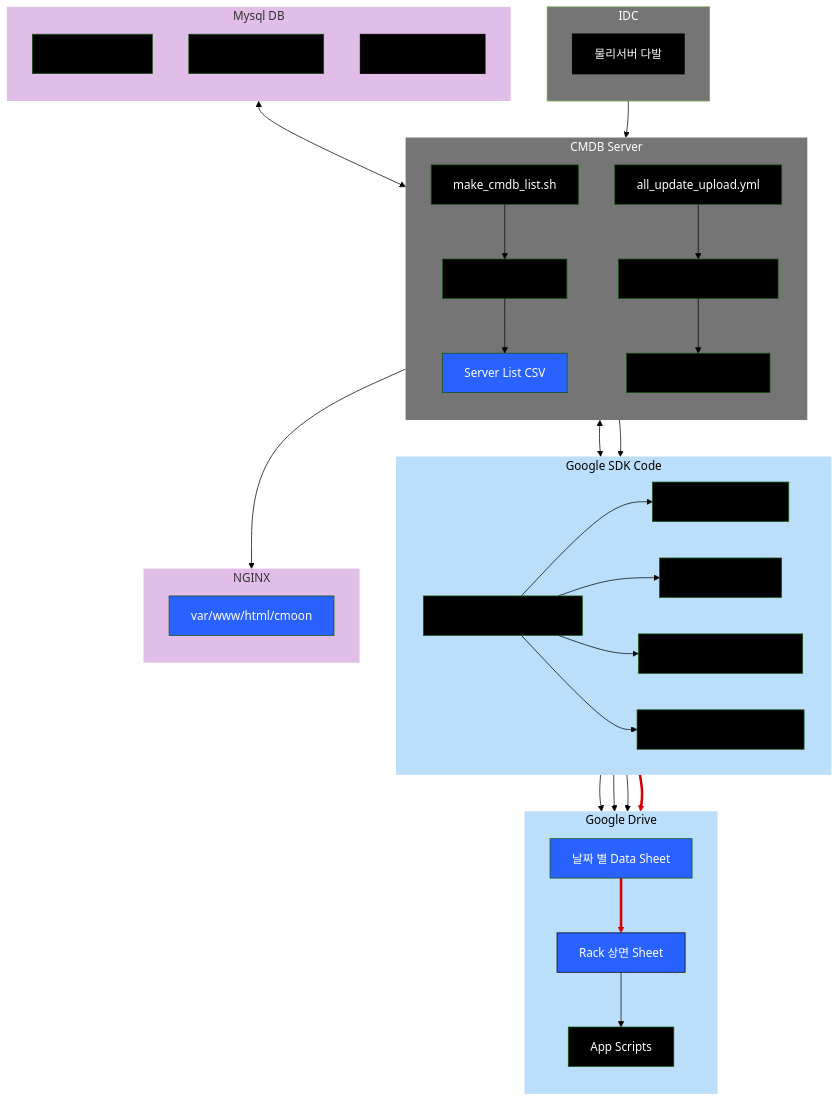
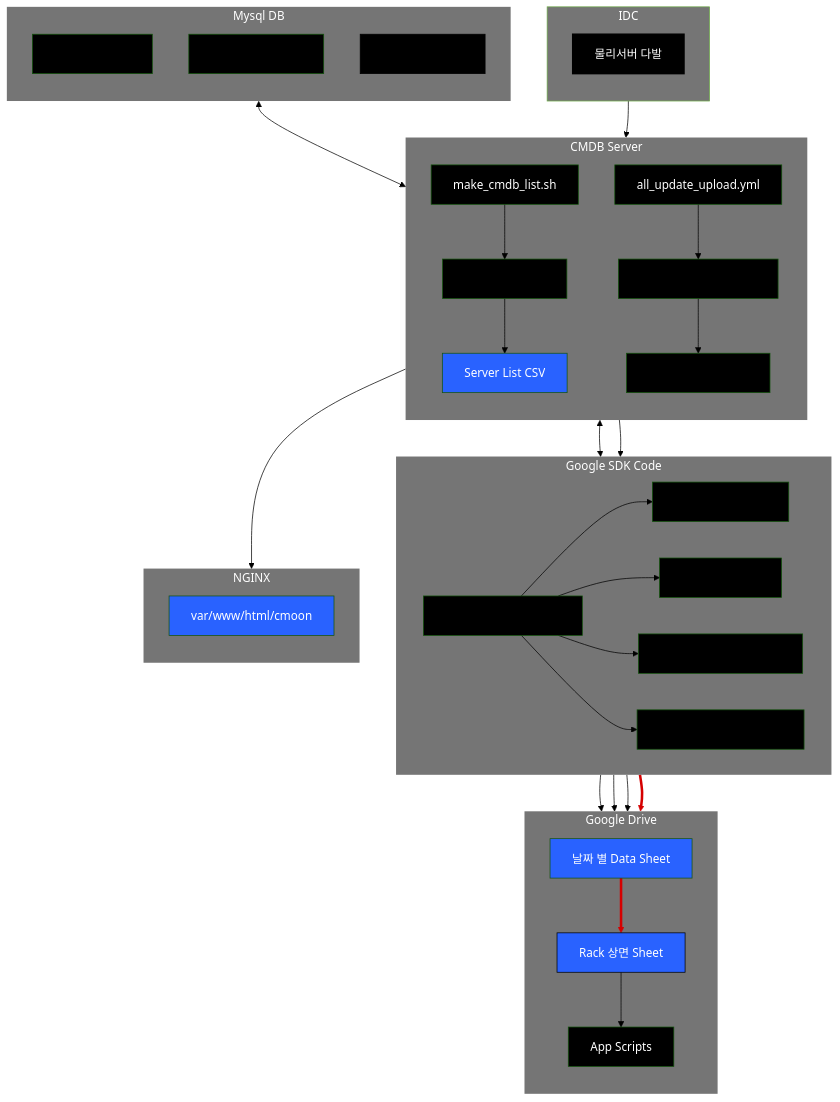
The diagram in content/03.Dev/C-Moon/01. 구성 요소.md (Luminous-Flame/blog), drawn with Mermaid (forest theme) before and after one commit.

Commit message:
Update content content/03.Dev/C-Moon/01. 구성 요소.md

````diff
--- a/content/03.Dev/C-Moon/01. 구성 요소.md
+++ b/content/03.Dev/C-Moon/01. 구성 요소.md
@@ -163,17 +163,17 @@
 
 style VIEW2 fill:#2962FF,color:#FFFFFF
 
-style CMDB_View fill:#E1BEE7,stroke:none,stroke-width:2px
+style CMDB_View fill:#757575,stroke:none,stroke-width:2px,color:#FFFFFF
 
-style CMDB_Update fill:#E1BEE7,stroke:none,stroke-width:2px
+style CMDB_Update fill:#757575,stroke:none,stroke-width:2px,color:#FFFFFF
 
 style s2 fill:#757575,stroke:none,color:#FFFFFF
 
 style IDC_Server fill:#757575,color:#FFFFFF
 
-style CMDB_Upload fill:#BBDEFB,stroke:none,stroke-width:2px,color:#000000
+style CMDB_Upload fill:#757575,stroke:none,stroke-width:2px,color:#FFFFFF
 
-style s1 fill:#BBDEFB,stroke:none,color:#000000
+style s1 fill:#757575,stroke:none,color:#FFFFFF
 
 click CMDB1 "https://github.com/Luminous-Flame/C-Moon/blob/main/scripts/make_cmdb_list.sh"
 
@@ -209,9 +209,13 @@
 
 linkStyle 7 stroke:#000000,fill:none
 
+linkStyle 8 stroke:#000000,fill:none
+
 linkStyle 9 stroke:#000000,fill:none
 
 linkStyle 10 stroke:#D50000,fill:none
 
 linkStyle 11 stroke:#D50000,fill:none
+
+linkStyle 12 stroke:#000000
 ```
````
